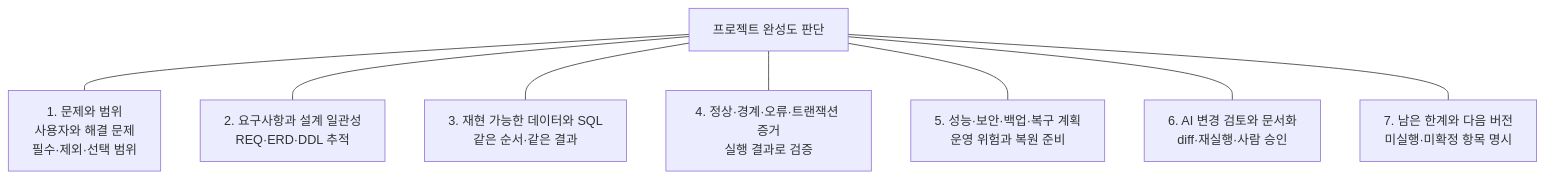
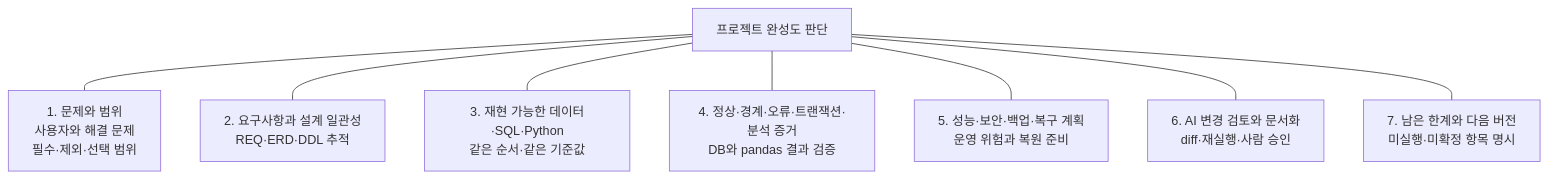
The diagram in images/chapter15/ch15_06_completion_dimensions.mmd (GilbertMoon/ai-database-book), drawn with Mermaid before and after one commit.

Commit message:
Update Chapter 15 completion dimensions for SQL and Python

```diff
--- a/images/chapter15/ch15_06_completion_dimensions.mmd
+++ b/images/chapter15/ch15_06_completion_dimensions.mmd
@@ -1,10 +1,10 @@
 flowchart TB
     A[프로젝트 완성도 판단]
 
     A --- B[1. 문제와 범위<br/>사용자와 해결 문제<br/>필수·제외·선택 범위]
     A --- C[2. 요구사항과 설계 일관성<br/>REQ·ERD·DDL 추적]
-    A --- D[3. 재현 가능한 데이터와 SQL<br/>같은 순서·같은 결과]
-    A --- E[4. 정상·경계·오류·트랜잭션 증거<br/>실행 결과로 검증]
+    A --- D[3. 재현 가능한 데이터·SQL·Python<br/>같은 순서·같은 기준값]
+    A --- E[4. 정상·경계·오류·트랜잭션·분석 증거<br/>DB와 pandas 결과 검증]
     A --- F[5. 성능·보안·백업·복구 계획<br/>운영 위험과 복원 준비]
     A --- G[6. AI 변경 검토와 문서화<br/>diff·재실행·사람 승인]
     A --- H[7. 남은 한계와 다음 버전<br/>미실행·미확정 항목 명시]
```
